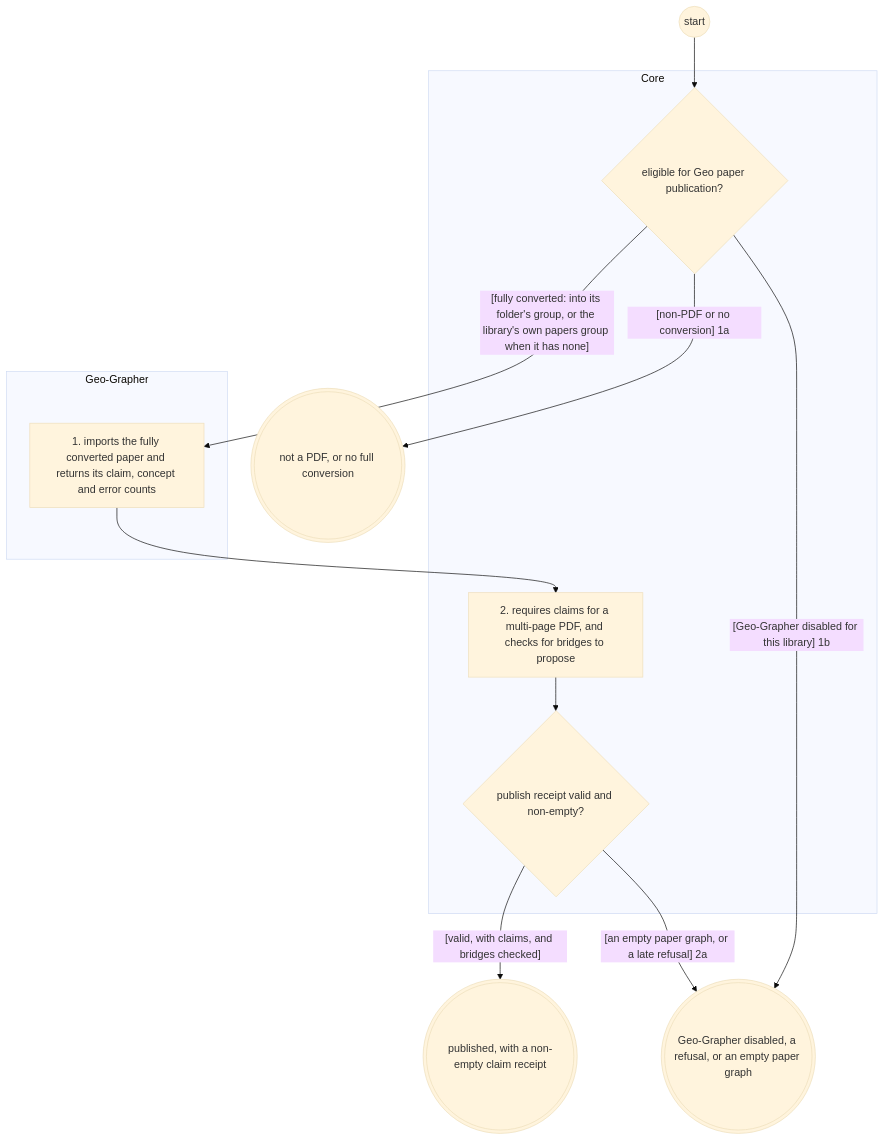
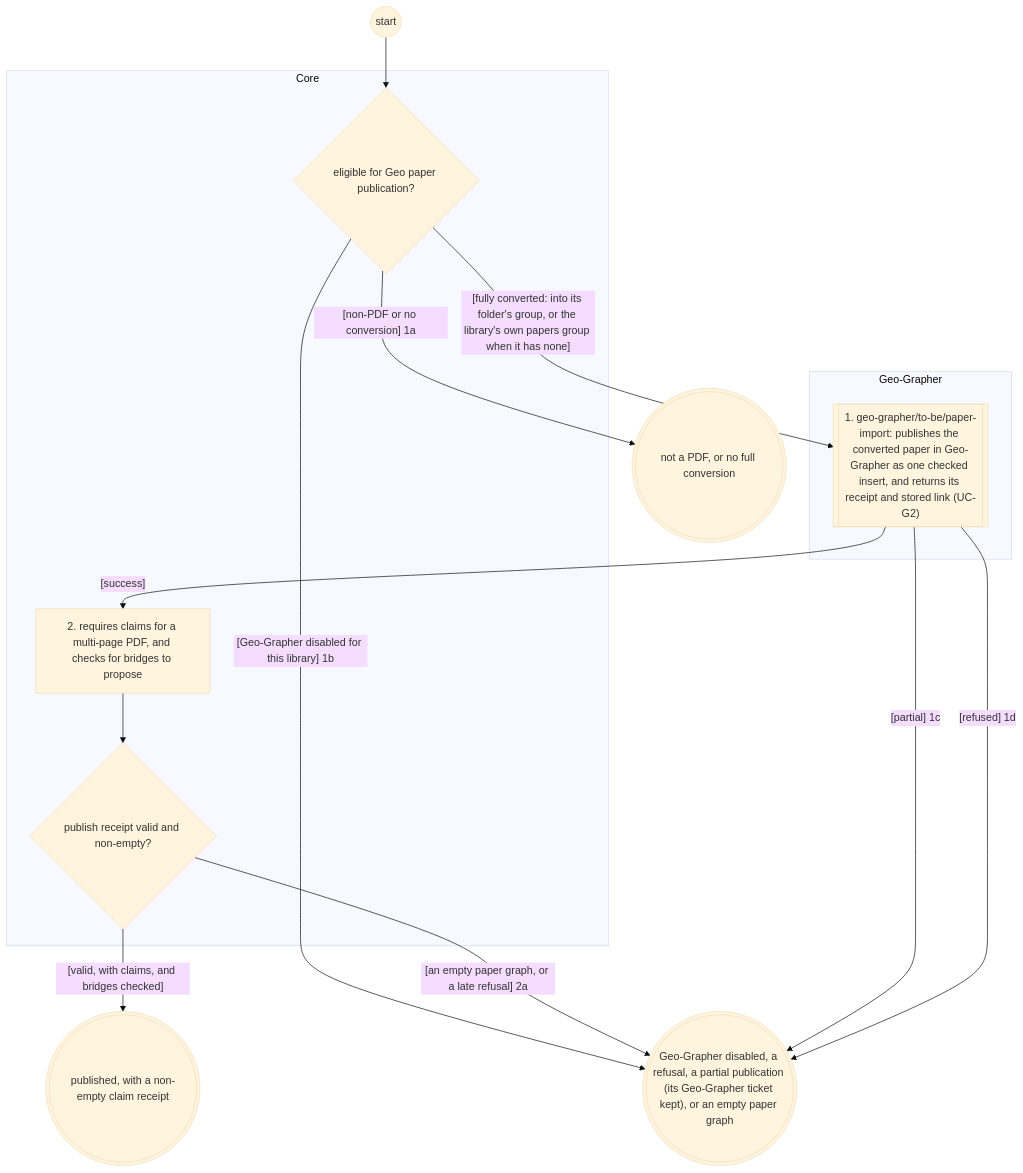
One commit to Jake36999/Librarian_V2 changed the diagram in reports/2026-11-25-systems-analysis-finalisation/librarian/to-be/views/paper-publication.views.md. Above: the diagram before and after it, drawn with Mermaid (base theme). The commit also changed other lines of this file and 36 other files, not shown here.

````diff
--- a/reports/2026-11-25-systems-analysis-finalisation/librarian/to-be/views/paper-publication.views.md
+++ b/reports/2026-11-25-systems-analysis-finalisation/librarian/to-be/views/paper-publication.views.md
@@ -39,24 +45,26 @@
 ```mermaid
 flowchart TD
   subgraph Core["Core"]
     dpub{"eligible for Geo paper publication?"}
     pubreceipt["2. requires claims for a multi-page PDF, and checks for bridges to propose"]
     dpubok{"publish receipt valid and non-empty?"}
   end
   subgraph Geo_Grapher["Geo-Grapher"]
-    publish["1. imports the fully converted paper and returns its claim, concept and error counts"]
+    publish[["1. geo-grapher/to-be/paper-import: publishes the converted paper in Geo-Grapher as one checked insert, and returns its receipt and stored link (UC-G2)"]]
   end
   s(("start"))
   e_success((("published, with a non-empty claim receipt")))
   e_not_applicable((("not a PDF, or no full conversion")))
-  e_gap((("Geo-Grapher disabled, a refusal, or an empty paper graph")))
+  e_gap((("Geo-Grapher disabled, a refusal, a partial publication (its Geo-Grapher ticket kept), or an empty paper graph")))
   s --> dpub
   dpub -->|"[fully converted: into its folder's group, or the library's own papers group when it has none]"| publish
   dpub -->|"[non-PDF or no conversion] 1a"| e_not_applicable
   dpub -->|"[Geo-Grapher disabled for this library] 1b"| e_gap
-  publish --> pubreceipt
   pubreceipt --> dpubok
   dpubok -->|"[valid, with claims, and bridges checked]"| e_success
   dpubok -->|"[an empty paper graph, or a late refusal] 2a"| e_gap
+  publish -->|"[success]"| pubreceipt
+  publish -->|"[partial] 1c"| e_gap
+  publish -->|"[refused] 1d"| e_gap
   classDef ext stroke:#d9534f,stroke-width:2px
 ```
````
